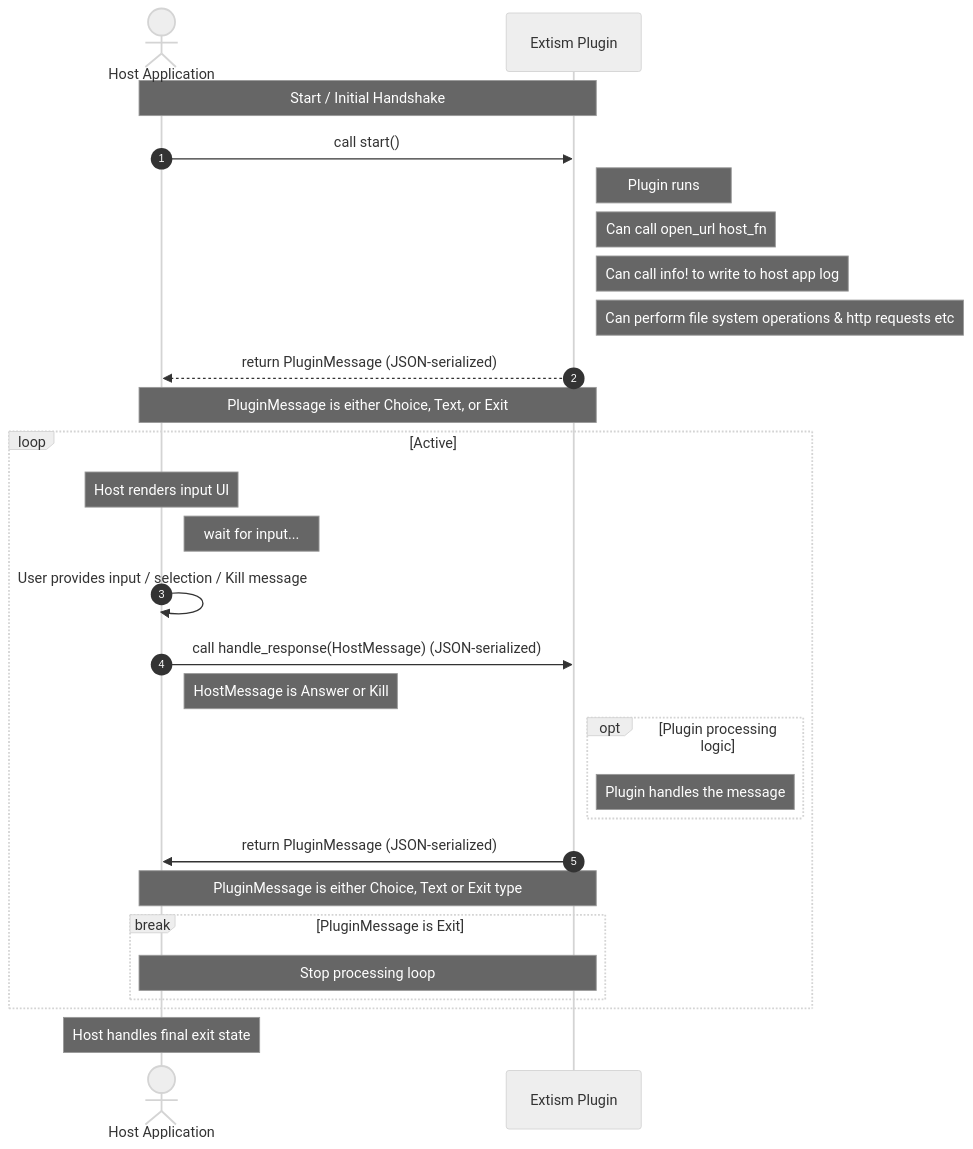
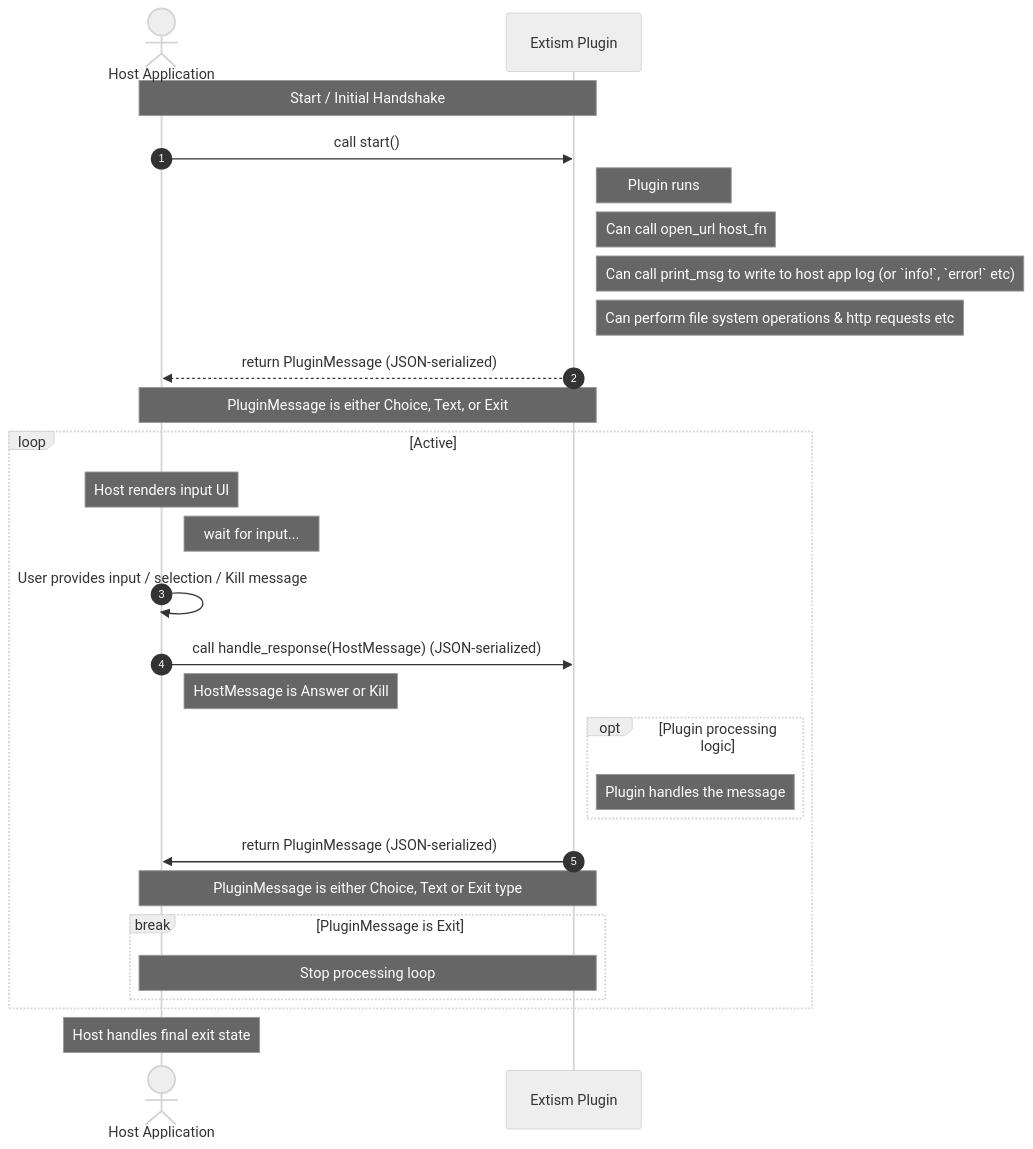
One commit to openfpga-library/pocket-plugin changed the diagram in README.md. Above: the diagram before and after it, drawn with Mermaid (neutral theme). The commit also changed other lines of this file and 4 other files, not shown here.

Commit message:
Export an explicit `print_msg` host_fn instead of trying to reuse `info!` etc

````diff
--- a/README.md
+++ b/README.md
@@ -25,36 +26,36 @@
 ```mermaid
 sequenceDiagram
     autonumber
     actor Host as Host Application
     participant Plugin as Extism Plugin
     Note over Host,Plugin: Start / Initial Handshake
     Host->>Plugin: call start()
     Note right of Plugin: Plugin runs
     Note right of Plugin: Can call open_url host_fn
-    Note right of Plugin: Can call info! to write to host app log
+    Note right of Plugin: Can call print_msg to write to host app log (or `info!`, `error!` etc)
     Note right of Plugin: Can perform file system operations & http requests etc
     Plugin-->>Host: return PluginMessage (JSON-serialized)
     Note over Plugin,Host: PluginMessage is either Choice, Text, or Exit
 
     Loop Active
         Note over Host: Host renders input UI
         Note right of Host: wait for input...
         Host->>Host: User provides input / selection / Kill message
         Host->>Plugin: call handle_response(HostMessage) (JSON-serialized)
         Note right of Host: HostMessage is Answer or Kill
 
         opt Plugin processing logic
             Note right of Plugin: Plugin handles the message
 
         end
 
         Plugin->>Host: return PluginMessage (JSON-serialized)
         Note over Plugin,Host: PluginMessage is either Choice, Text or Exit type
 
         break PluginMessage is Exit
             Note over Host,Plugin: Stop processing loop
         end
 
     end
     Note over Host: Host handles final exit state
 ```
````
